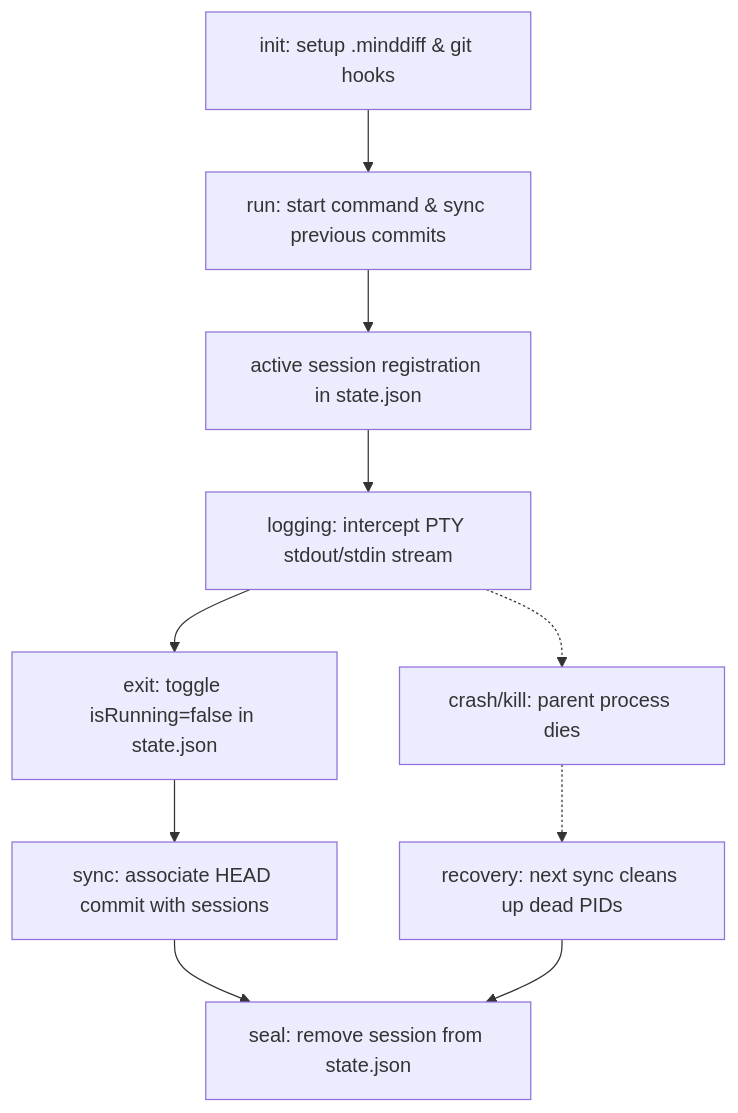
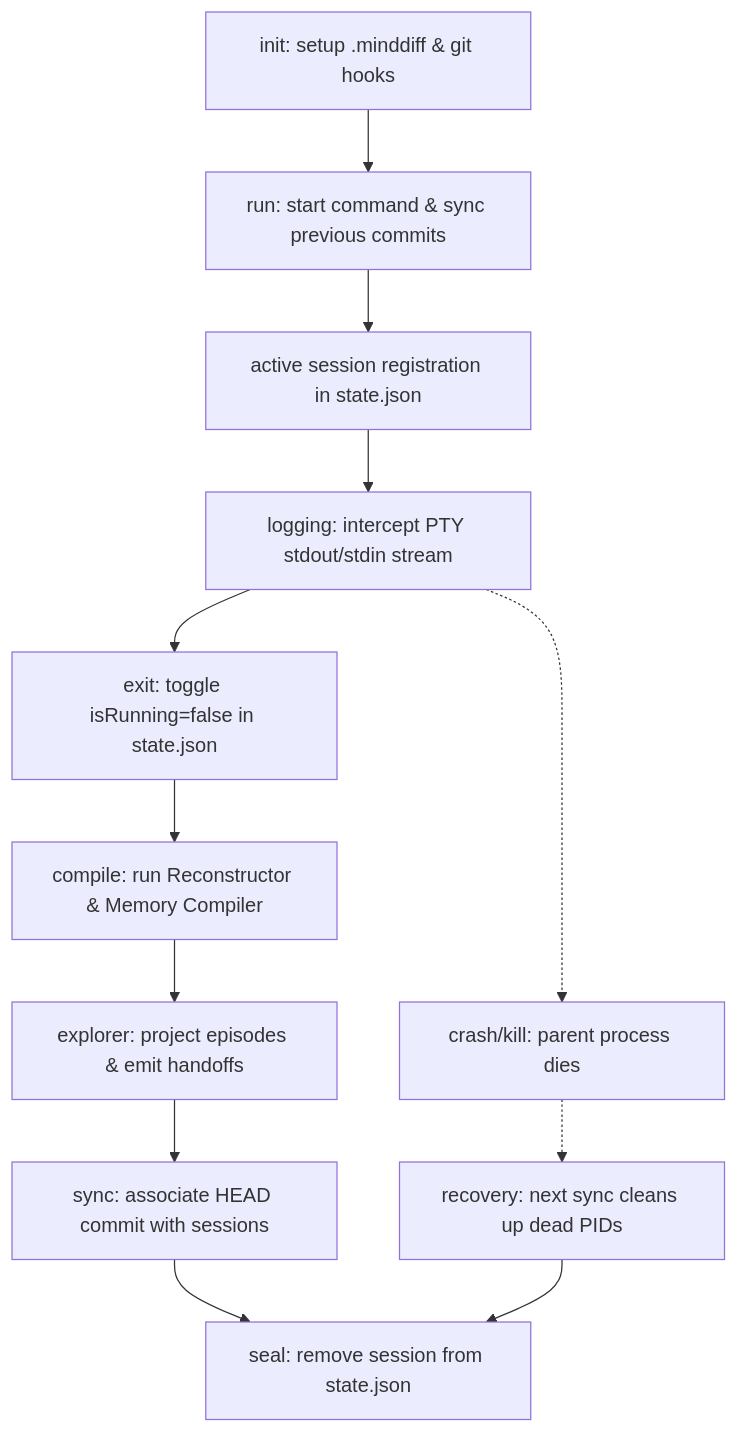
One commit to NoisyArchitects/minddiff changed the diagram in docs/architecture.md. Above: the diagram before and after it, drawn with Mermaid. The commit also changed other lines of this file and 14 other files, not shown here.

````diff
--- a/docs/architecture.md
+++ b/docs/architecture.md
@@ -57,12 +126,14 @@
 ```mermaid
 graph TD
     init[init: setup .minddiff & git hooks] --> run[run: start command & sync previous commits]
     run --> register[active session registration in state.json]
     register --> logging[logging: intercept PTY stdout/stdin stream]
     logging --> exit[exit: toggle isRunning=false in state.json]
-    exit --> sync[sync: associate HEAD commit with sessions]
+    exit --> compile[compile: run Reconstructor & Memory Compiler]
+    compile --> explorer[explorer: project episodes & emit handoffs]
+    explorer --> sync[sync: associate HEAD commit with sessions]
     sync --> seal[seal: remove session from state.json]
     logging -.-> crash[crash/kill: parent process dies]
     crash -.-> recovery[recovery: next sync cleans up dead PIDs]
     recovery --> seal
 ```
````
